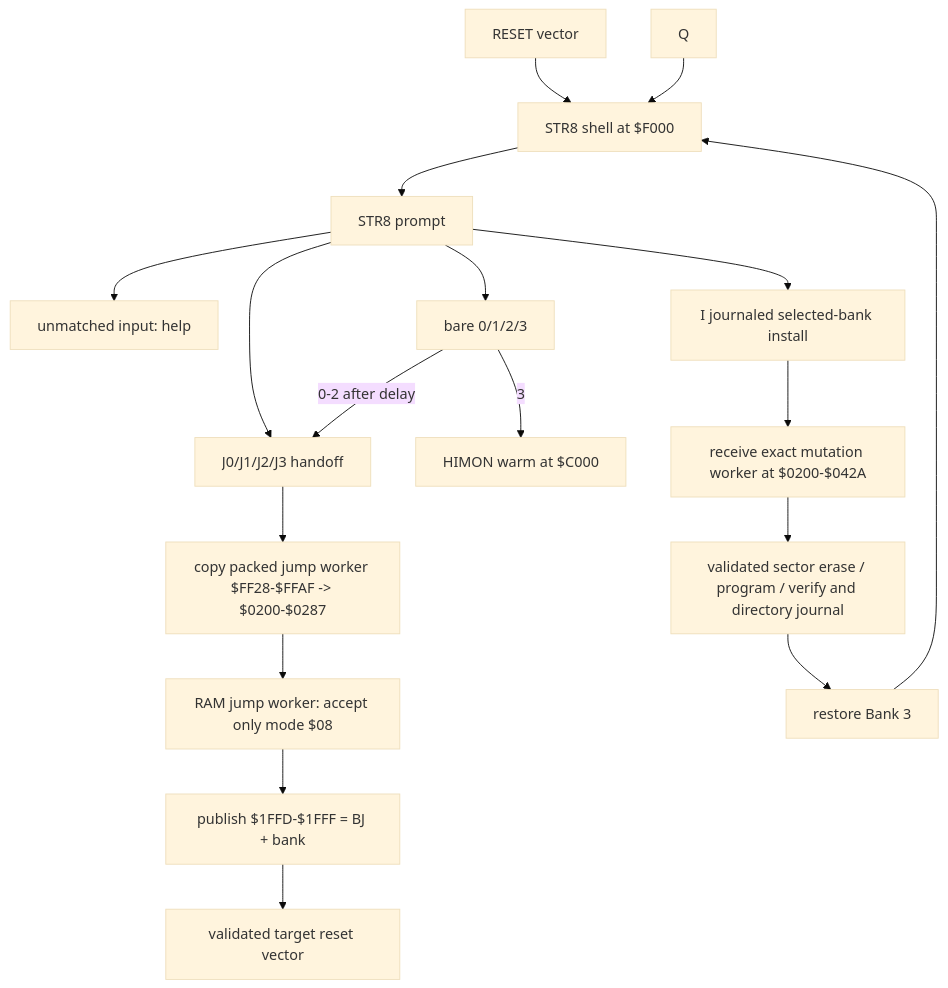
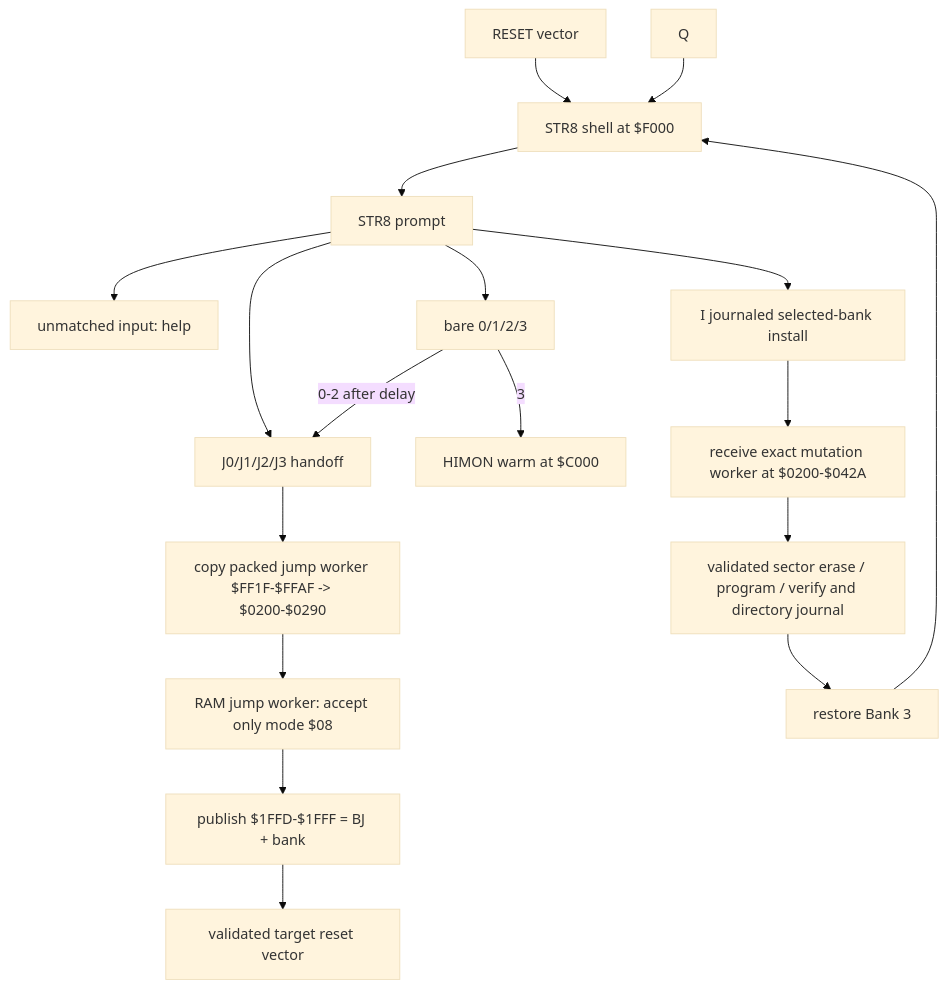
One commit to 95westus/R-YORS changed the fifth of 6 diagrams in DOC/GUIDES/STR8/STR8.md. Above: the diagram before and after it, drawn with Mermaid (base theme). The commit also changed other lines of this file and 65 other files, not shown here.

````diff
--- a/DOC/GUIDES/STR8/STR8.md
+++ b/DOC/GUIDES/STR8/STR8.md
@@ -720,23 +725,23 @@
 ```mermaid
 flowchart TD
     RESET[RESET vector] --> STR8[STR8 shell at $F000]
     STR8 --> PROMPT[STR8 prompt]
 
     PROMPT --> BAD[unmatched input: help]
     PROMPT --> I[I journaled selected-bank install]
     PROMPT --> SELECT[bare 0/1/2/3]
     PROMPT --> J[J0/J1/J2/J3 handoff]
 
     SELECT -->|3| HIMON[HIMON warm at $C000]
     SELECT -->|0-2 after delay| J
     I --> UPLOAD[receive exact mutation worker at $0200-$042A]
     UPLOAD --> FLASH[validated sector erase / program / verify and directory journal]
-    J --> COPY[copy packed jump worker $FF28-$FFAF -> $0200-$0287]
+    J --> COPY[copy packed jump worker $FF1F-$FFAF -> $0200-$0290]
     COPY --> JWORKER[RAM jump worker: accept only mode $08]
     FLASH --> BANK3[restore Bank 3]
     BANK3 --> STR8
     JWORKER --> BJR[publish $1FFD-$1FFF = BJ + bank]
     BJR --> GUEST[validated target reset vector]
 
     Q --> STR8
 ```
````
